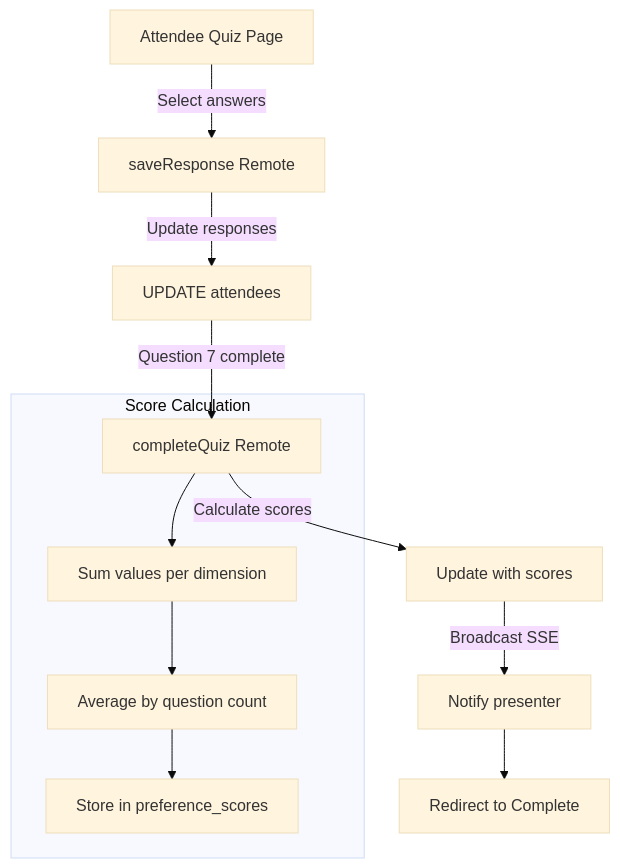
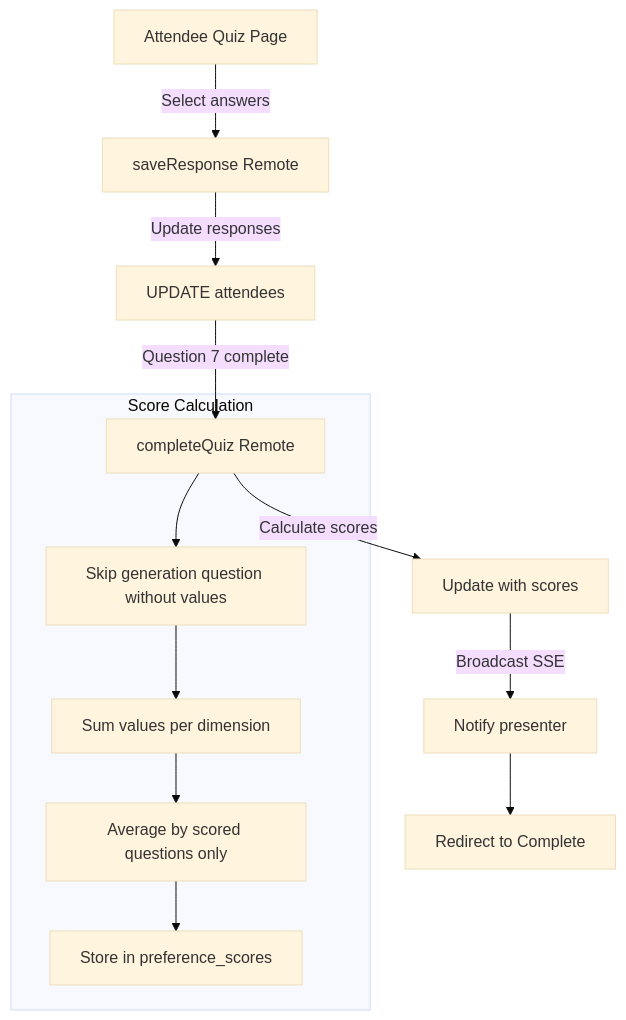
The third of 5 diagrams in docs/DATA-FLOW.md (zyetaone/workplace-dna-analyzer), drawn with Mermaid (base theme) before and after one commit. The commit also changed other lines of this file and 247 other files, not shown here.

````diff
--- a/docs/DATA-FLOW.md
+++ b/docs/DATA-FLOW.md
@@ -85,15 +85,16 @@
 ```mermaid
 graph TD
     A[Attendee Quiz Page] -->|Select answers| B[saveResponse Remote]
     B -->|Update responses| C[UPDATE attendees]
     C -->|Question 7 complete| D[completeQuiz Remote]
     D -->|Calculate scores| E[Update with scores]
     E -->|Broadcast SSE| F[Notify presenter]
     F --> G[Redirect to Complete]
     
     subgraph "Score Calculation"
-    D --> H[Sum values per dimension]
-    H --> I[Average by question count]
-    I --> J[Store in preference_scores]
+    D --> H[Skip generation question without values]
+    H --> I[Sum values per dimension]
+    I --> J[Average by scored questions only]
+    J --> K[Store in preference_scores]
     end
 ```
````
